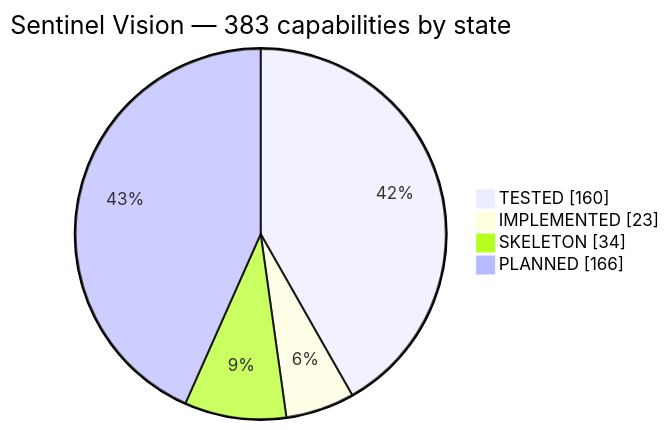
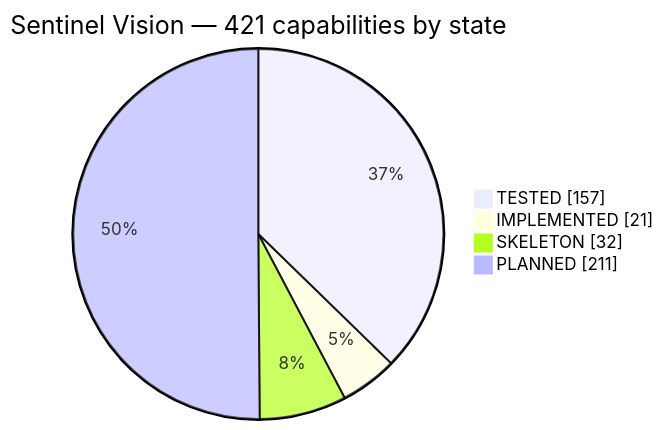
One commit to haidar-farhat/V.I.G.I.L._Vision_Intelligence_and_Geospatial_ncident_Layer changed the first of 3 diagrams in FEATURES.md. Above: the diagram before and after it, drawn with Mermaid. The commit also changed other lines of this file and 13 other files, not shown here.

````diff
--- a/FEATURES.md
+++ b/FEATURES.md
@@ -46,8 +46,8 @@
 ```mermaid
 pie showData
-    title Sentinel Vision — 383 capabilities by state
-    "TESTED" : 160
-    "IMPLEMENTED" : 23
-    "SKELETON" : 34
-    "PLANNED" : 166
+    title Sentinel Vision — 421 capabilities by state
+    "TESTED" : 157
+    "IMPLEMENTED" : 21
+    "SKELETON" : 32
+    "PLANNED" : 211
 ```
````
